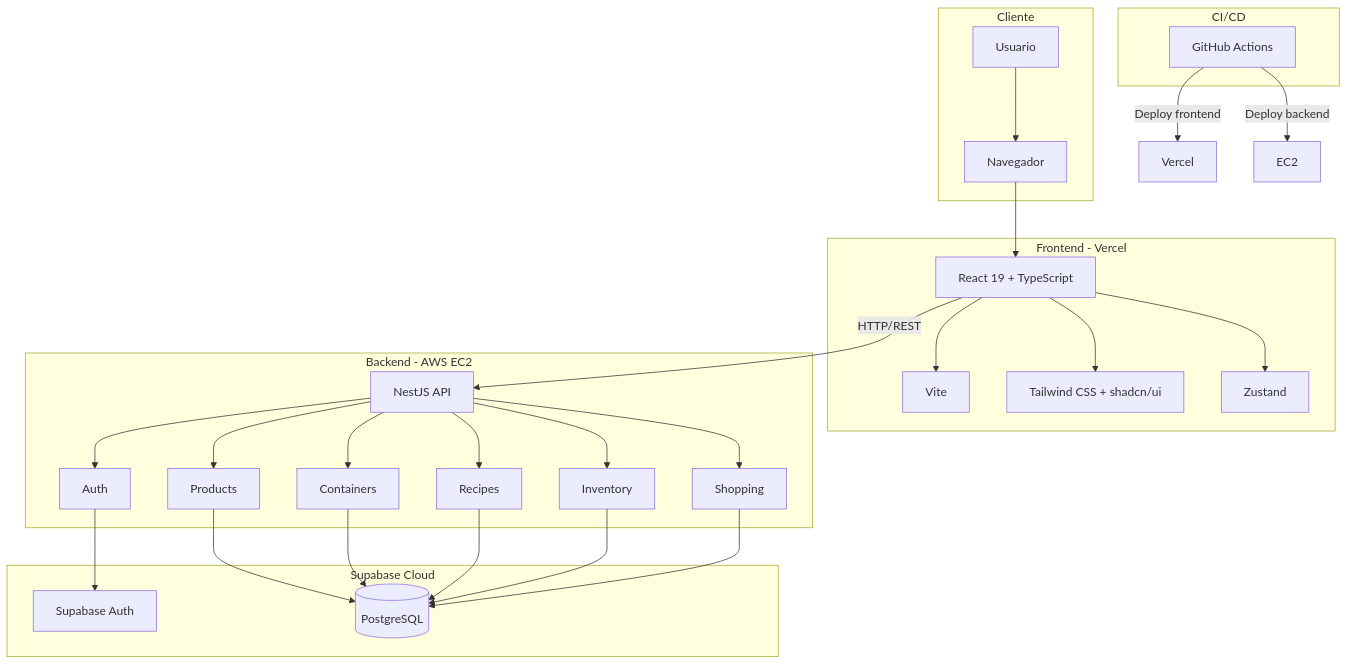
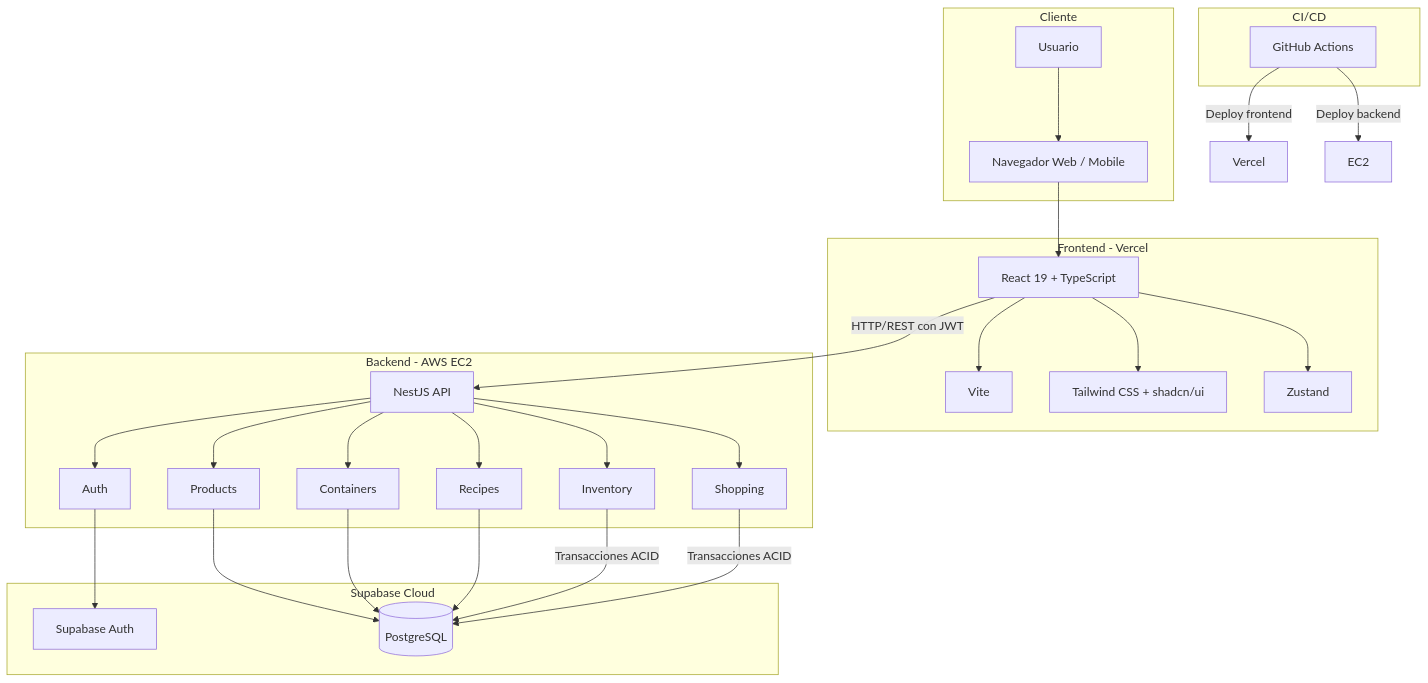
Before and after one commit to AlejandroPedrosa/Nido-SmartHome: the first of 7 diagrams in docs/modulos.md, drawn with Mermaid. The commit also changed other lines of this file, not shown here.

````diff
--- a/docs/modulos.md
+++ b/docs/modulos.md
@@ -347,57 +374,57 @@
 ```mermaid
 graph TB
     subgraph cliente [Cliente]
         User[Usuario]
-        Browser[Navegador]
+        Browser[Navegador Web / Mobile]
     end
 
     subgraph frontend [Frontend - Vercel]
         React[React 19 + TypeScript]
         Vite[Vite]
         Tailwind[Tailwind CSS + shadcn/ui]
         Zustand[Zustand]
     end
 
     subgraph backend [Backend - AWS EC2]
         NestJS[NestJS API]
         AuthModule[Auth]
         ProductsModule[Products]
         ContainersModule[Containers]
         RecipesModule[Recipes]
         InventoryModule[Inventory]
         ShoppingModule[Shopping]
     end
 
     subgraph supabase [Supabase Cloud]
         SupabaseAuth[Supabase Auth]
         PostgreSQL[(PostgreSQL)]
     end
 
     subgraph cicd [CI/CD]
         GitHub[GitHub Actions]
     end
 
     User --> Browser
     Browser --> React
     React --> Vite
     React --> Tailwind
     React --> Zustand
-    React -->|HTTP/REST| NestJS
+    React -->|HTTP/REST con JWT| NestJS
 
     NestJS --> AuthModule
     NestJS --> ProductsModule
     NestJS --> ContainersModule
     NestJS --> RecipesModule
     NestJS --> InventoryModule
     NestJS --> ShoppingModule
 
     AuthModule --> SupabaseAuth
     ProductsModule --> PostgreSQL
     ContainersModule --> PostgreSQL
     RecipesModule --> PostgreSQL
-    InventoryModule --> PostgreSQL
-    ShoppingModule --> PostgreSQL
+    InventoryModule -->|Transacciones ACID| PostgreSQL
+    ShoppingModule -->|Transacciones ACID| PostgreSQL
 
     GitHub -->|Deploy frontend| VercelDeploy[Vercel]
     GitHub -->|Deploy backend| EC2[EC2]
 ```
````
